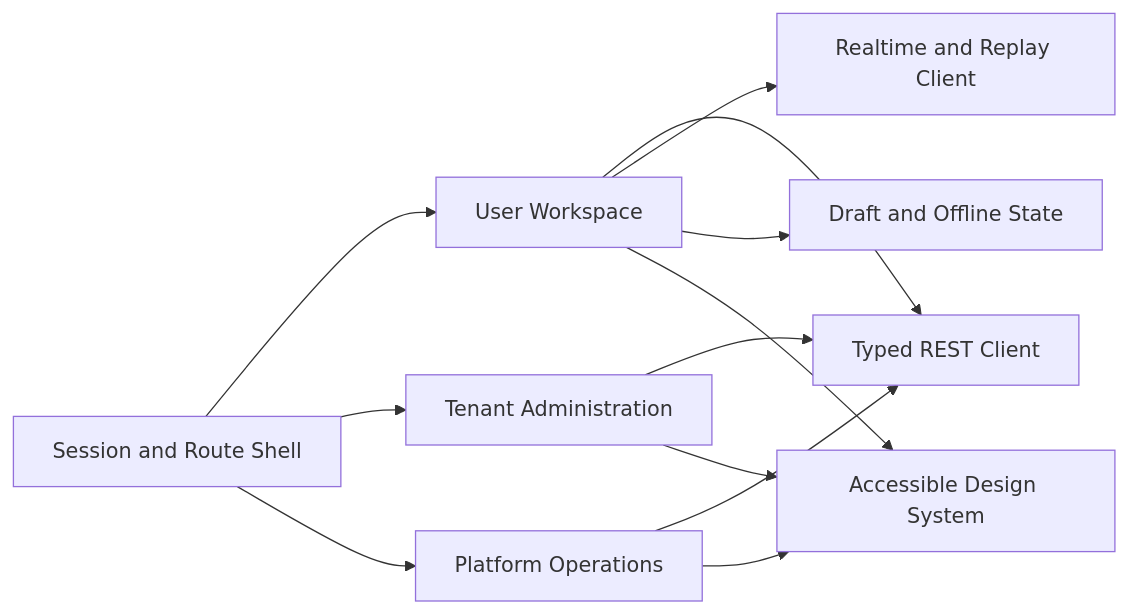
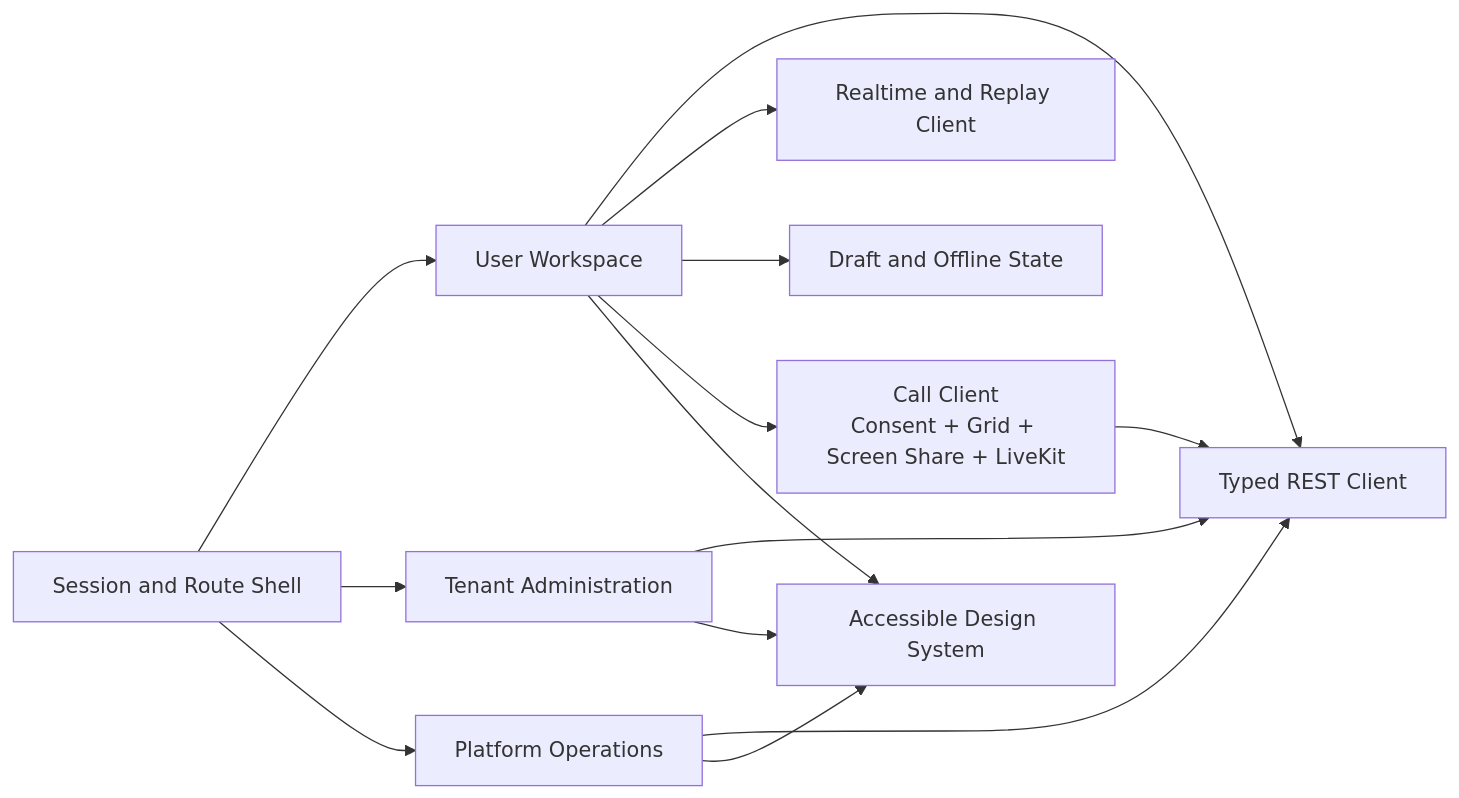
One commit to Soyuz-Tec/k-comms changed the diagram in docs/02-architecture/c4/06-component-web-product.md. Above: the diagram before and after it, drawn with Mermaid. The commit also changed other lines of this file and 315 other files, not shown here.

````diff
--- a/docs/02-architecture/c4/06-component-web-product.md
+++ b/docs/02-architecture/c4/06-component-web-product.md
@@ -3,23 +3,26 @@
 ```mermaid
 flowchart LR
     Shell[Session and Route Shell]
     User[User Workspace]
     Admin[Tenant Administration]
     Ops[Platform Operations]
     API[Typed REST Client]
     Realtime[Realtime and Replay Client]
     Local[Draft and Offline State]
     Design[Accessible Design System]
+    Media[Call Client\nConsent + Grid + Screen Share + LiveKit]
 
     Shell --> User
     Shell --> Admin
     Shell --> Ops
     User --> API
     User --> Realtime
     User --> Local
+    User --> Media
+    Media --> API
     Admin --> API
     Ops --> API
     User --> Design
     Admin --> Design
     Ops --> Design
 ```
````
